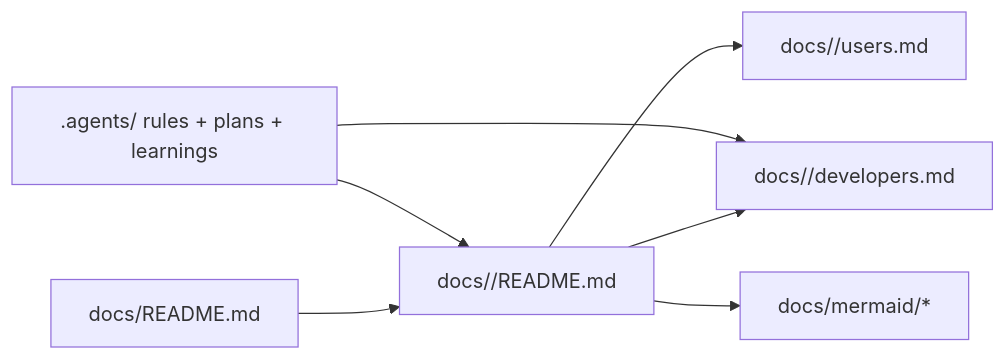
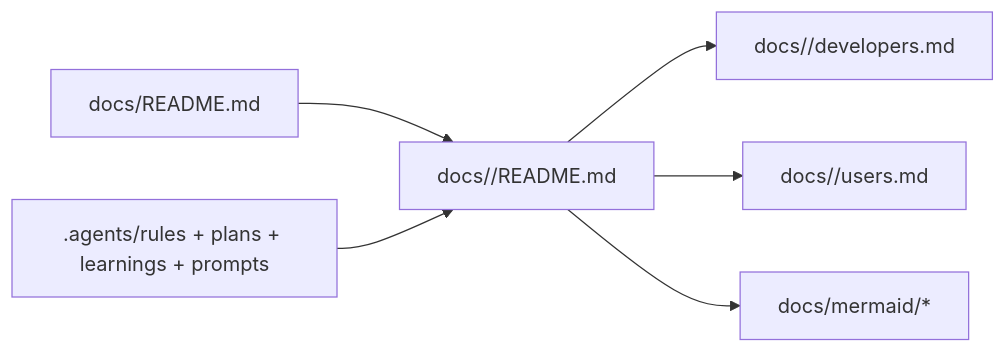
The first of 2 diagrams in docs/mermaid/workflow-docs-system.md (charleanpoor507/repo-hc), drawn with Mermaid before and after one commit. The commit also changed other lines of this file and 32 other files, not shown here.

Commit message:
docs: refocus repo on agent-rule workflow and add architecture docs

````diff
--- a/docs/mermaid/workflow-docs-system.md
+++ b/docs/mermaid/workflow-docs-system.md
@@ -12,9 +11,8 @@
 ```mermaid
 flowchart LR
   HOME["docs/README.md"] --> FEATURE["docs/<feature>/README.md"]
   FEATURE --> DEV["docs/<feature>/developers.md"]
   FEATURE --> USER["docs/<feature>/users.md"]
   FEATURE --> MMD["docs/mermaid/*"]
-  AGENTS[".agents/ rules + plans + learnings"] --> DEV
-  AGENTS --> FEATURE
+  AGENTS[".agents/rules + plans + learnings + prompts"] --> FEATURE
 ```
````
